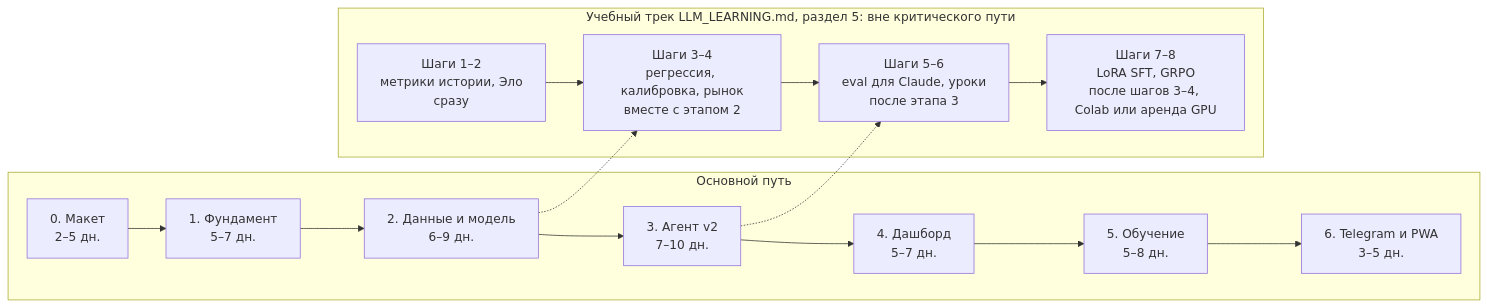
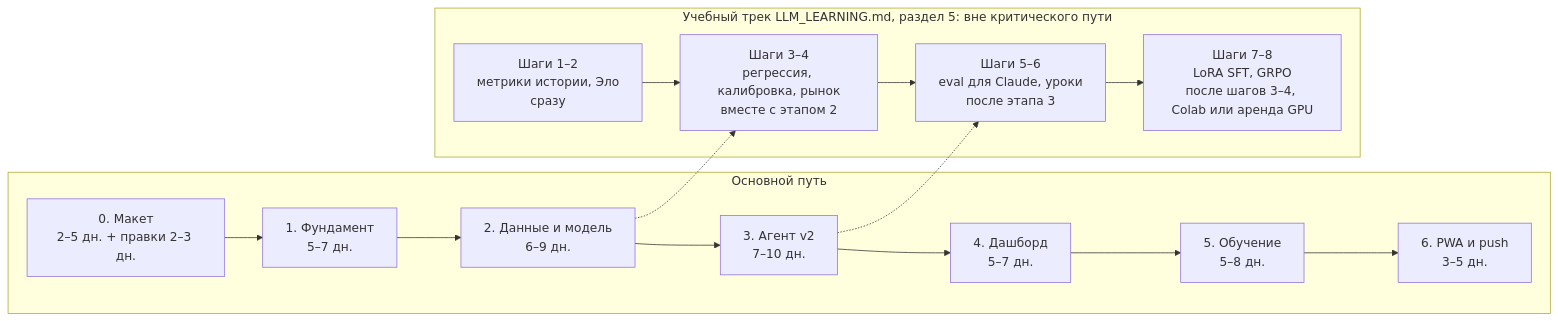
One commit to rvburov/ai_agent_capper changed the third of 3 diagrams in docs/PLAN.md. Above: the diagram before and after it, drawn with Mermaid. The commit also changed other lines of this file and 3 other files, not shown here.

Commit message:
План: решения владельца (несколько участников по приглашению, без Telegram-бота, уведомления на сайте, сброс пароля кодом администратора и командой терминала, два режима ключа Claude, кабинет администратора, бесплатные данные), разбор условий Anthropic, инструкция по получению ключа API

````diff
--- a/docs/PLAN.md
+++ b/docs/PLAN.md
@@ -552,11 +639,11 @@
 ```mermaid
 flowchart LR
   subgraph main["Основной путь"]
-    E0["0. Макет<br/>2–5 дн."] --> E1["1. Фундамент<br/>5–7 дн."] --> E2["2. Данные и модель<br/>6–9 дн."] --> E3["3. Агент v2<br/>7–10 дн."] --> E4["4. Дашборд<br/>5–7 дн."] --> E5["5. Обучение<br/>5–8 дн."] --> E6["6. Telegram и PWA<br/>3–5 дн."]
+    E0["0. Макет<br/>2–5 дн. + правки 2–3 дн."] --> E1["1. Фундамент<br/>5–7 дн."] --> E2["2. Данные и модель<br/>6–9 дн."] --> E3["3. Агент v2<br/>7–10 дн."] --> E4["4. Дашборд<br/>5–7 дн."] --> E5["5. Обучение<br/>5–8 дн."] --> E6["6. PWA и push<br/>3–5 дн."]
   end
   subgraph lab["Учебный трек LLM_LEARNING.md, раздел 5: вне критического пути"]
     L1["Шаги 1–2<br/>метрики истории, Эло<br/>сразу"] --> L2["Шаги 3–4<br/>регрессия, калибровка, рынок<br/>вместе с этапом 2"] --> L3["Шаги 5–6<br/>eval для Claude, уроки<br/>после этапа 3"] --> L4["Шаги 7–8<br/>LoRA SFT, GRPO<br/>после шагов 3–4, Colab или аренда GPU"]
   end
   E2 -.-> L2
   E3 -.-> L3
 ```
````
